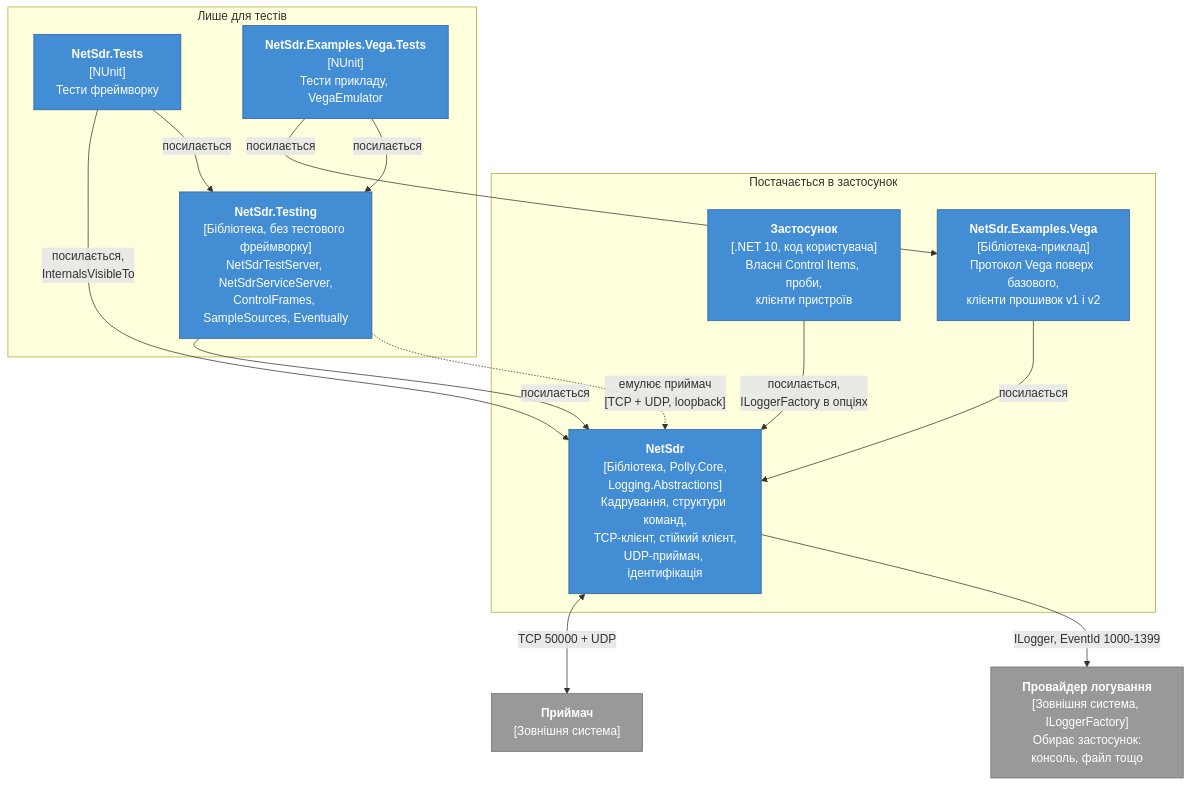
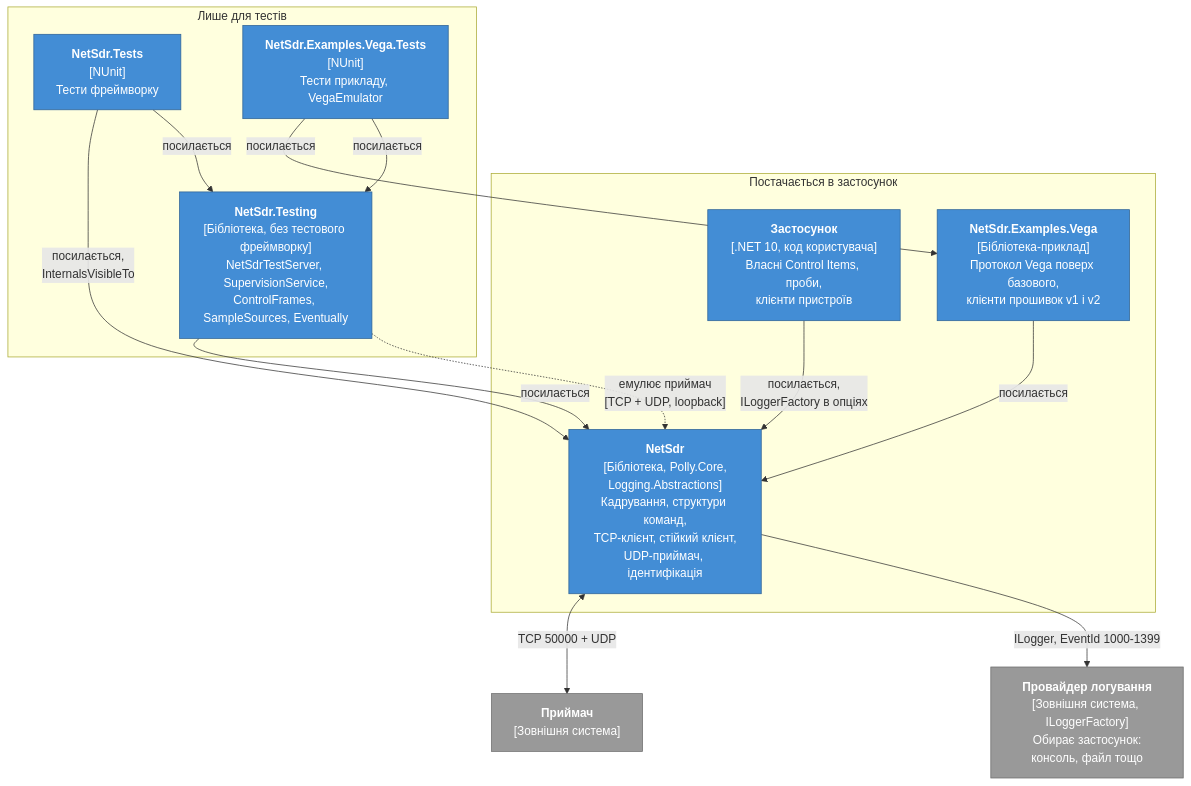
One commit to vadimart92/NetSdrClient changed the second of 7 diagrams in docs/architecture.md. Above: the diagram before and after it, drawn with Mermaid. The commit also changed other lines of this file and 5 other files, not shown here.

First line of the commit message:
feat: SupervisionService reads a request when its JSON closes

````diff
--- a/docs/architecture.md
+++ b/docs/architecture.md
@@ -69,34 +69,34 @@
 ```mermaid
 flowchart TB
     rx["<b>Приймач</b><br/>[Зовнішня система]"]
 
     subgraph ship["Постачається в застосунок"]
         app["<b>Застосунок</b><br/>[.NET 10, код користувача]<br/>Власні Control Items, проби,<br/>клієнти пристроїв"]
         vega["<b>NetSdr.Examples.Vega</b><br/>[Бібліотека-приклад]<br/>Протокол Vega поверх базового,<br/>клієнти прошивок v1 і v2"]
         core["<b>NetSdr</b><br/>[Бібліотека, Polly.Core,<br/>Logging.Abstractions]<br/>Кадрування, структури команд,<br/>TCP-клієнт, стійкий клієнт,<br/>UDP-приймач, ідентифікація"]
     end
 
     logs["<b>Провайдер логування</b><br/>[Зовнішня система, ILoggerFactory]<br/>Обирає застосунок:<br/>консоль, файл тощо"]
 
     subgraph testonly["Лише для тестів"]
-        testing["<b>NetSdr.Testing</b><br/>[Бібліотека, без тестового фреймворку]<br/>NetSdrTestServer, NetSdrServiceServer,<br/>ControlFrames, SampleSources, Eventually"]
+        testing["<b>NetSdr.Testing</b><br/>[Бібліотека, без тестового фреймворку]<br/>NetSdrTestServer, SupervisionService,<br/>ControlFrames, SampleSources, Eventually"]
         tests["<b>NetSdr.Tests</b><br/>[NUnit]<br/>Тести фреймворку"]
         vtests["<b>NetSdr.Examples.Vega.Tests</b><br/>[NUnit]<br/>Тести прикладу, VegaEmulator"]
     end
 
     app -->|"посилається,<br/>ILoggerFactory в опціях"| core
     vega -->|"посилається"| core
     testing -->|"посилається"| core
     tests -->|"посилається,<br/>InternalsVisibleTo"| core
     tests -->|"посилається"| testing
     vtests -->|"посилається"| vega
     vtests -->|"посилається"| testing
     core <-->|"TCP 50000 + UDP"| rx
     testing -.->|"емулює приймач<br/>[TCP + UDP, loopback]"| core
     core -->|"ILogger, EventId 1000-1399"| logs
 
     classDef container fill:#438DD5,stroke:#2E6295,color:#fff
     classDef external fill:#999999,stroke:#6B6B6B,color:#fff
     class app,vega,core,testing,tests,vtests container
     class rx,logs external
 ```
````
